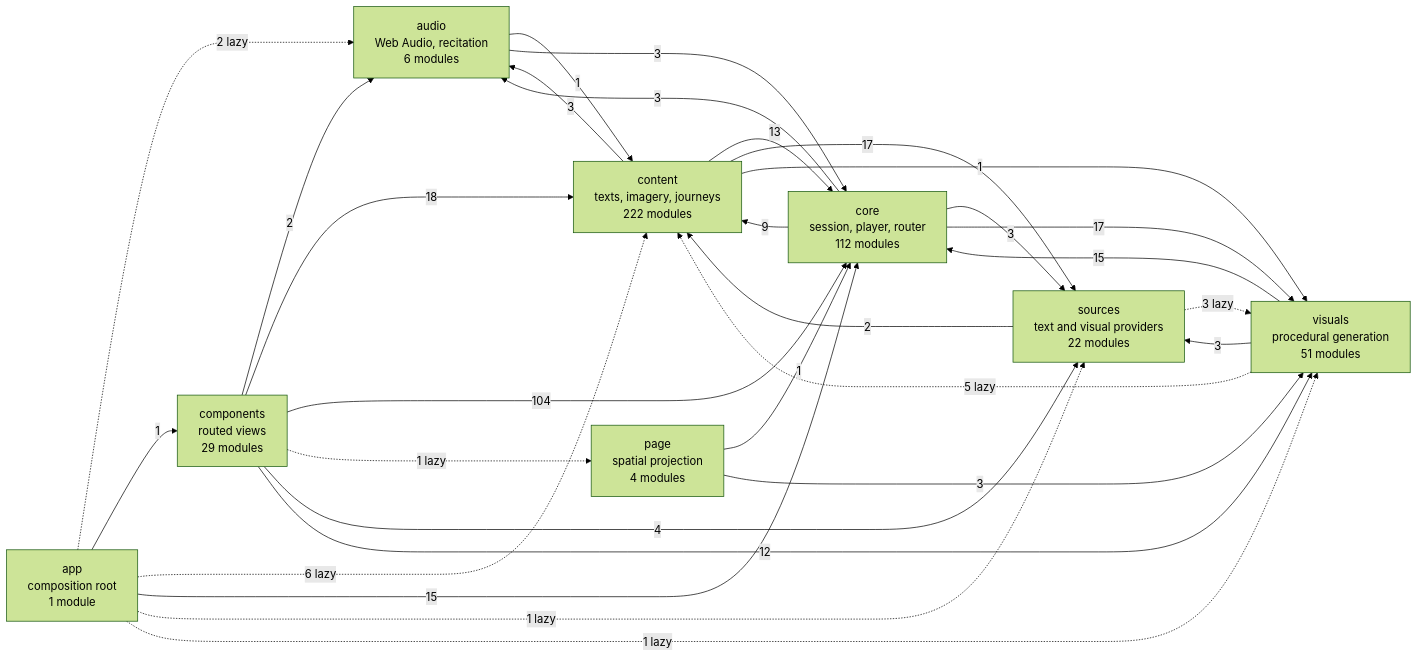
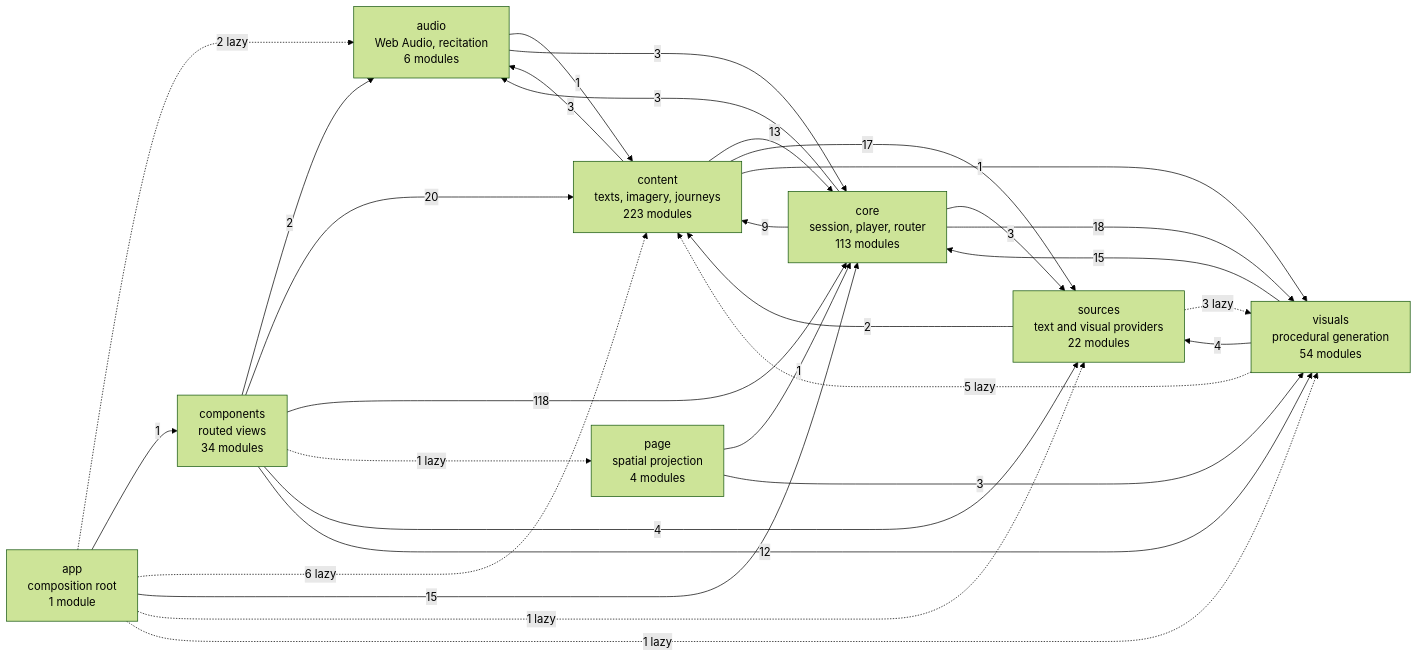
The diagram in docs/specs/ARCHITECTURE.md (SyberLabs/RISE), drawn with Mermaid (forest theme) before and after one commit. The commit also changed other lines of this file and 39 other files, not shown here.

````diff
--- a/docs/specs/ARCHITECTURE.md
+++ b/docs/specs/ARCHITECTURE.md
@@ -149,41 +149,41 @@
 ```mermaid
 flowchart LR
     app["app<br/>composition root<br/>1 module"]
     audio["audio<br/>Web Audio, recitation<br/>6 modules"]
-    components["components<br/>routed views<br/>29 modules"]
-    content["content<br/>texts, imagery, journeys<br/>222 modules"]
-    core["core<br/>session, player, router<br/>112 modules"]
+    components["components<br/>routed views<br/>34 modules"]
+    content["content<br/>texts, imagery, journeys<br/>223 modules"]
+    core["core<br/>session, player, router<br/>113 modules"]
     page["page<br/>spatial projection<br/>4 modules"]
     sources["sources<br/>text and visual providers<br/>22 modules"]
-    visuals["visuals<br/>procedural generation<br/>51 modules"]
+    visuals["visuals<br/>procedural generation<br/>54 modules"]
 
     app -.-> |2 lazy| audio
     app --> |1| components
     app -.-> |6 lazy| content
     app --> |15| core
     app -.-> |1 lazy| sources
     app -.-> |1 lazy| visuals
     audio --> |1| content
     audio --> |3| core
     components --> |2| audio
-    components --> |18| content
-    components --> |104| core
+    components --> |20| content
+    components --> |118| core
     components -.-> |1 lazy| page
     components --> |4| sources
     components --> |12| visuals
     content --> |3| audio
     content --> |13| core
     content --> |17| sources
     content --> |1| visuals
     core --> |3| audio
     core --> |9| content
     core --> |3| sources
-    core --> |17| visuals
+    core --> |18| visuals
     page --> |1| core
     page --> |3| visuals
     sources --> |2| content
     sources -.-> |3 lazy| visuals
     visuals -.-> |5 lazy| content
     visuals --> |15| core
-    visuals --> |3| sources
+    visuals --> |4| sources
 ```
````
